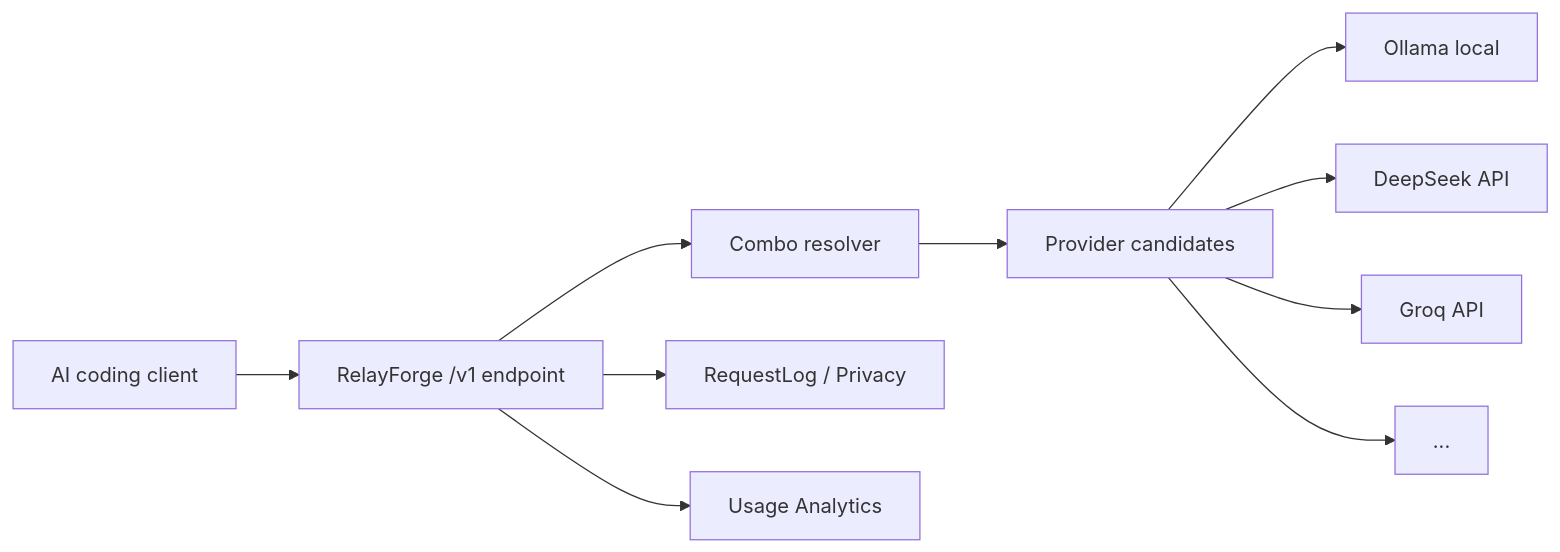
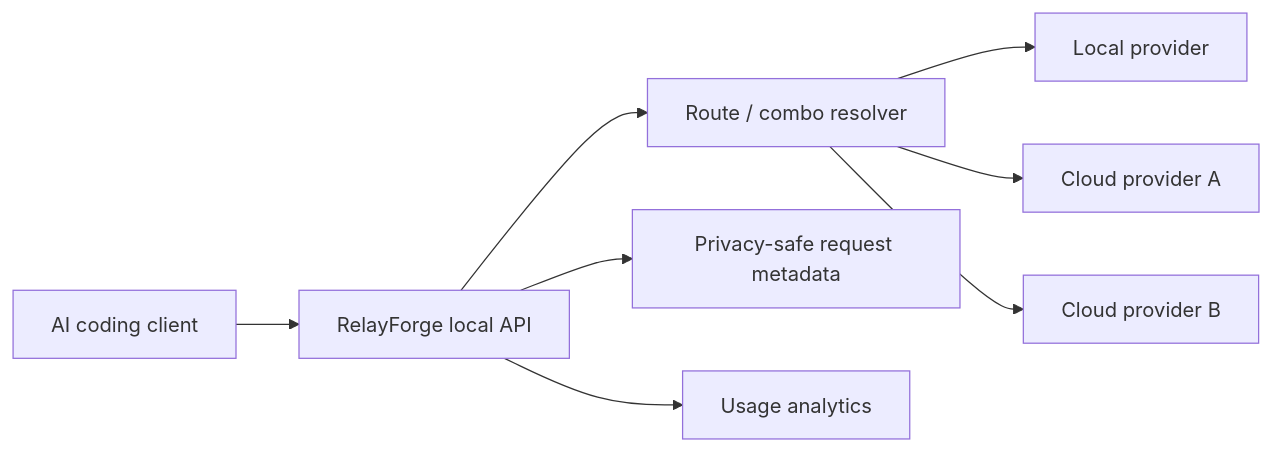
One commit to jiezeng2004-design/relay-forge changed the diagram in README.md. Above: the diagram before and after it, drawn with Mermaid. The commit also changed other lines of this file, not shown here.

````diff
--- a/README.md
+++ b/README.md
@@ -21,12 +236,10 @@
 ```mermaid
 flowchart LR
-  A[AI coding client] --> B[RelayForge /v1 endpoint]
-  B --> C[Combo resolver]
-  C --> D[Provider candidates]
-  D --> E1[Ollama local]
-  D --> E2[DeepSeek API]
-  D --> E3[Groq API]
-  D --> E4[...]
-  B --> F[RequestLog / Privacy]
-  B --> G[Usage Analytics]
+  A[AI coding client] --> B[RelayForge local API]
+  B --> C[Route / combo resolver]
+  C --> D1[Local provider]
+  C --> D2[Cloud provider A]
+  C --> D3[Cloud provider B]
+  B --> E[Privacy-safe request metadata]
+  B --> F[Usage analytics]
 ```
````
